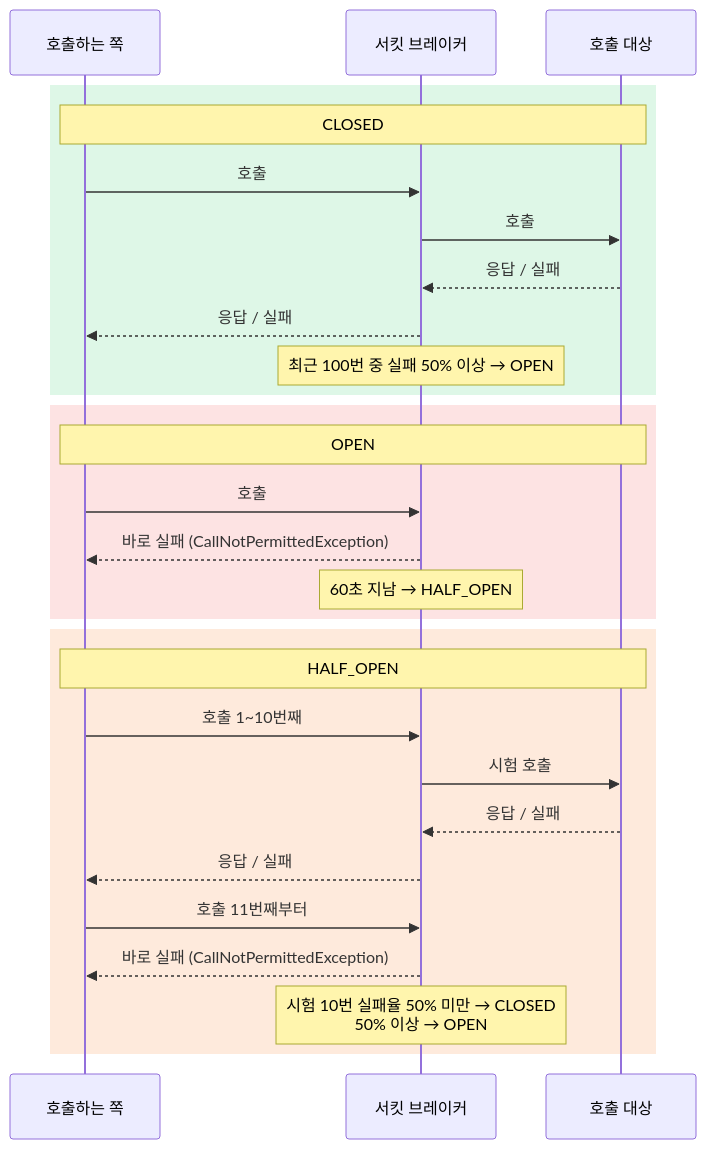
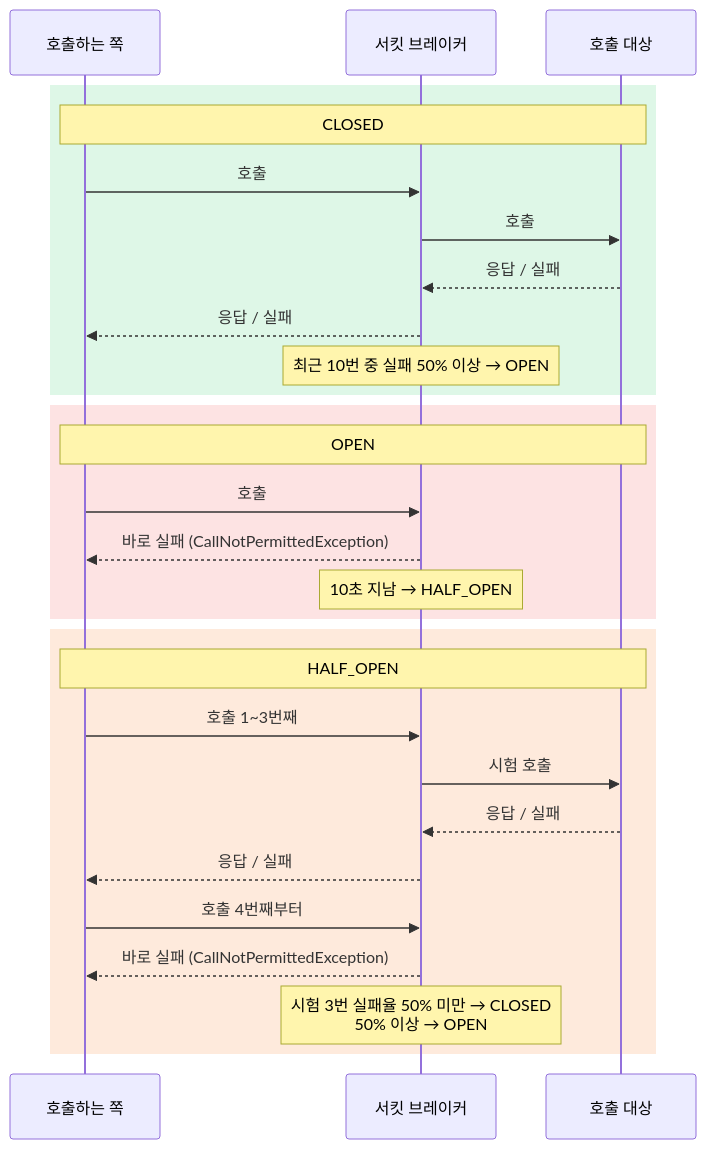
The first of 5 diagrams in .docs/spec/006-resilience-spec.md (rivertw777/ModuDrive-API), drawn with Mermaid before and after one commit. The commit also changed other lines of this file and 1 other file, not shown here.

````diff
--- a/.docs/spec/006-resilience-spec.md
+++ b/.docs/spec/006-resilience-spec.md
@@ -42,33 +42,33 @@
 ```mermaid
 sequenceDiagram
     participant C as 호출하는 쪽
     participant CB as 서킷 브레이커
     participant S as 호출 대상
 
     rect rgba(34, 197, 94, 0.15)
     Note over C,S: CLOSED
     C->>CB: 호출
     CB->>S: 호출
     S-->>CB: 응답 / 실패
     CB-->>C: 응답 / 실패
-    Note over CB: 최근 100번 중 실패 50% 이상 → OPEN
+    Note over CB: 최근 10번 중 실패 50% 이상 → OPEN
     end
 
     rect rgba(239, 68, 68, 0.15)
     Note over C,S: OPEN
     C->>CB: 호출
     CB-->>C: 바로 실패 (CallNotPermittedException)
-    Note over CB: 60초 지남 → HALF_OPEN
+    Note over CB: 10초 지남 → HALF_OPEN
     end
 
     rect rgba(249, 115, 22, 0.15)
     Note over C,S: HALF_OPEN
-    C->>CB: 호출 1~10번째
+    C->>CB: 호출 1~3번째
     CB->>S: 시험 호출
     S-->>CB: 응답 / 실패
     CB-->>C: 응답 / 실패
-    C->>CB: 호출 11번째부터
+    C->>CB: 호출 4번째부터
     CB-->>C: 바로 실패 (CallNotPermittedException)
-    Note over CB: 시험 10번 실패율 50% 미만 → CLOSED<br/>50% 이상 → OPEN
+    Note over CB: 시험 3번 실패율 50% 미만 → CLOSED<br/>50% 이상 → OPEN
     end
 ```
````
